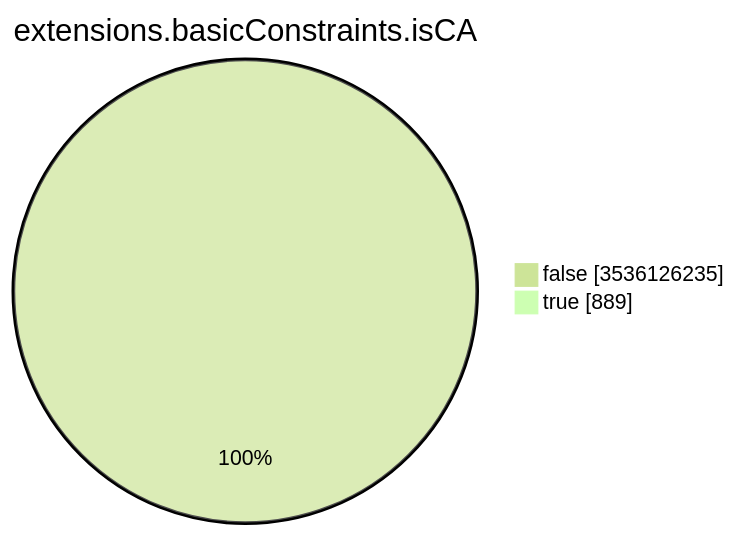
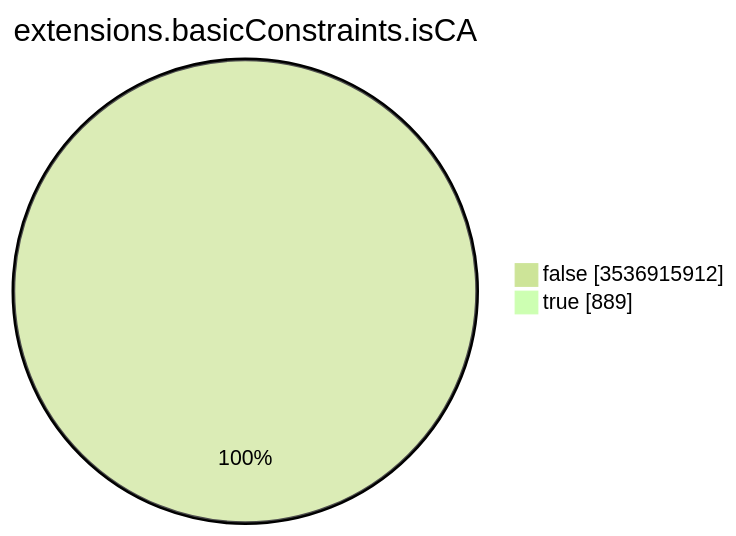
One commit to christiankrug/ctmonitor_visualization changed the seventh of 15 diagrams in TOTAL/README.md. Above: the diagram before and after it, drawn with Mermaid (forest theme). The commit also changed other lines of this file, not shown here.

````diff
--- a/TOTAL/README.md
+++ b/TOTAL/README.md
@@ -3094,6 +3094,6 @@
 ```mermaid
 pie showData
 title extensions.basicConstraints.isCA
-"false" :3536126235
+"false" :3536915912
 "true" :889
 ```
````
